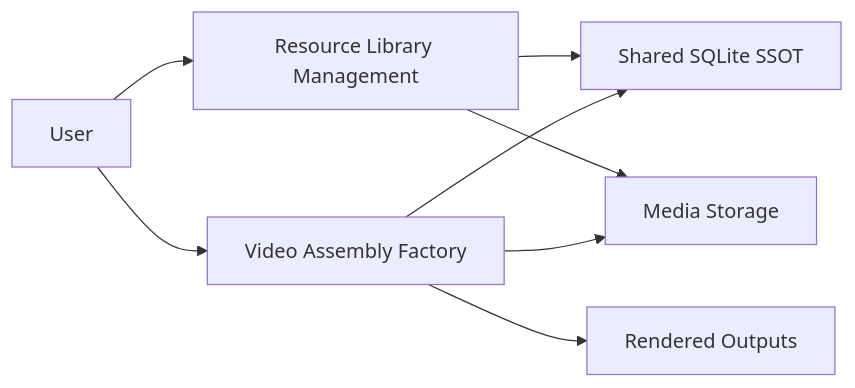
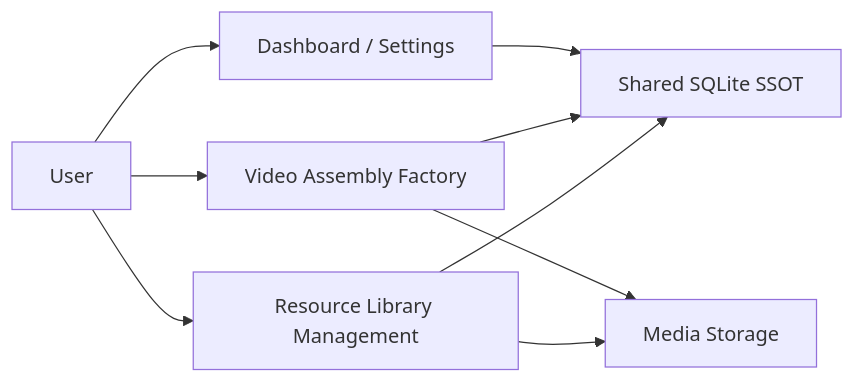
One commit to idev006/MTClipFactory changed the diagram in doc/15_System_Decomposition_Library_and_Factory.md. Above: the diagram before and after it, drawn with Mermaid. The commit also changed other lines of this file and 43 other files, not shown here.

````diff
--- a/doc/15_System_Decomposition_Library_and_Factory.md
+++ b/doc/15_System_Decomposition_Library_and_Factory.md
@@ -94,10 +96,11 @@
 ```mermaid
 flowchart LR
     U["User"] --> L["Resource Library Management"]
     U --> F["Video Assembly Factory"]
+    U --> D["Dashboard / Settings"]
     L --> DB["Shared SQLite SSOT"]
     F --> DB
+    D --> DB
     L --> FS["Media Storage"]
     F --> FS
-    F --> R["Rendered Outputs"]
 ```
````
